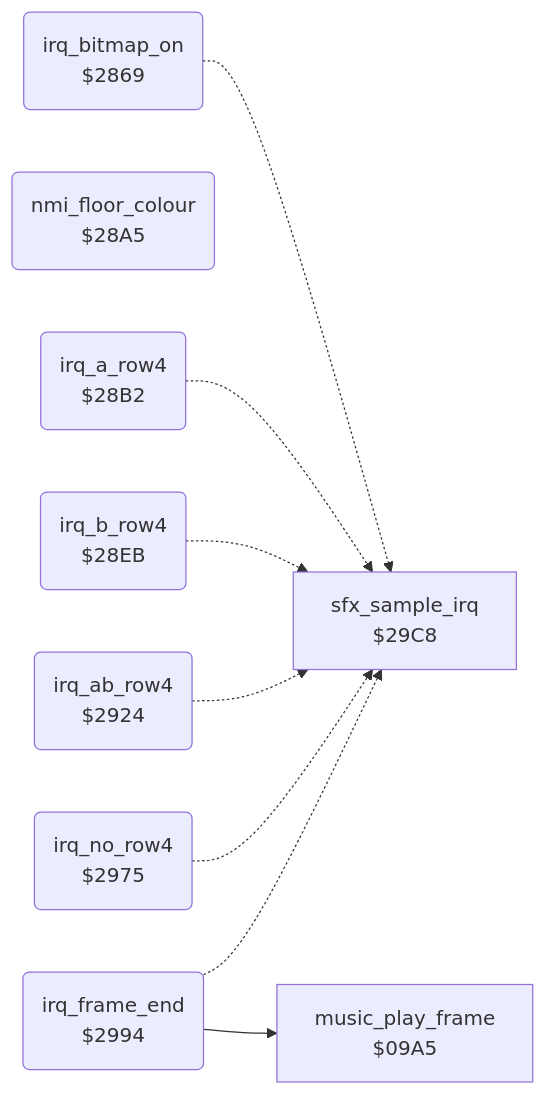
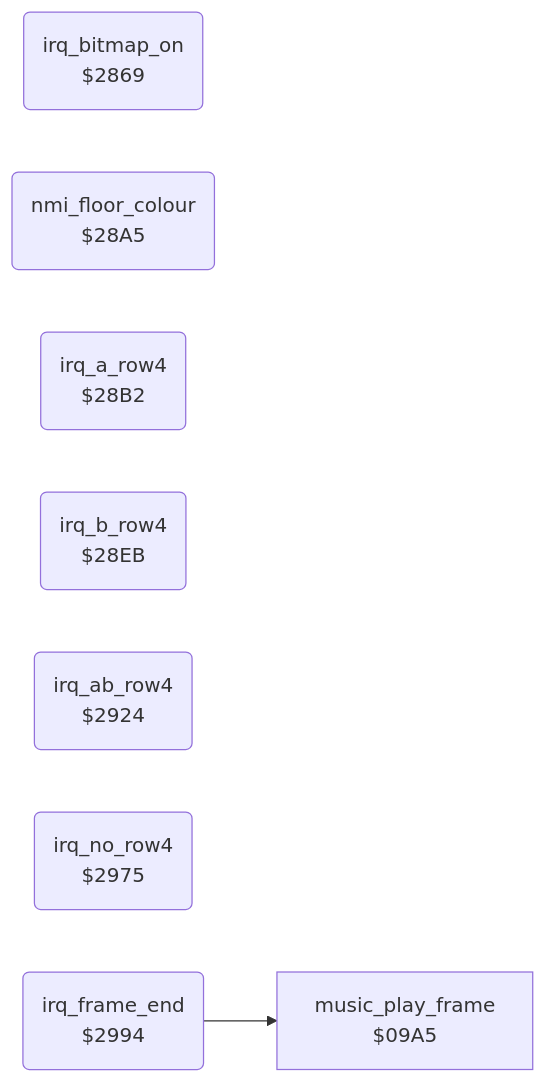
One commit to henols/c64_games changed the diagram in exploding_fist/v1/docs/reference/modules/irq/irq_screen_split.md. Above: the diagram before and after it, drawn with Mermaid. The commit also changed other lines of this file and 319 other files, not shown here.

````diff
--- a/exploding_fist/v1/docs/reference/modules/irq/irq_screen_split.md
+++ b/exploding_fist/v1/docs/reference/modules/irq/irq_screen_split.md
@@ -10,19 +22,12 @@
 ```mermaid
 flowchart LR
   n09a5["music_play_frame<br/>$09A5"]
   n2869("irq_bitmap_on<br/>$2869")
   n28a5("nmi_floor_colour<br/>$28A5")
   n28b2("irq_a_row4<br/>$28B2")
   n28eb("irq_b_row4<br/>$28EB")
   n2924("irq_ab_row4<br/>$2924")
   n2975("irq_no_row4<br/>$2975")
   n2994("irq_frame_end<br/>$2994")
-  n29c8["sfx_sample_irq<br/>$29C8"]
-  n2869 -.-> n29c8
-  n28b2 -.-> n29c8
-  n28eb -.-> n29c8
-  n2924 -.-> n29c8
-  n2975 -.-> n29c8
   n2994 --> n09a5
-  n2994 -.-> n29c8
 ```
````
